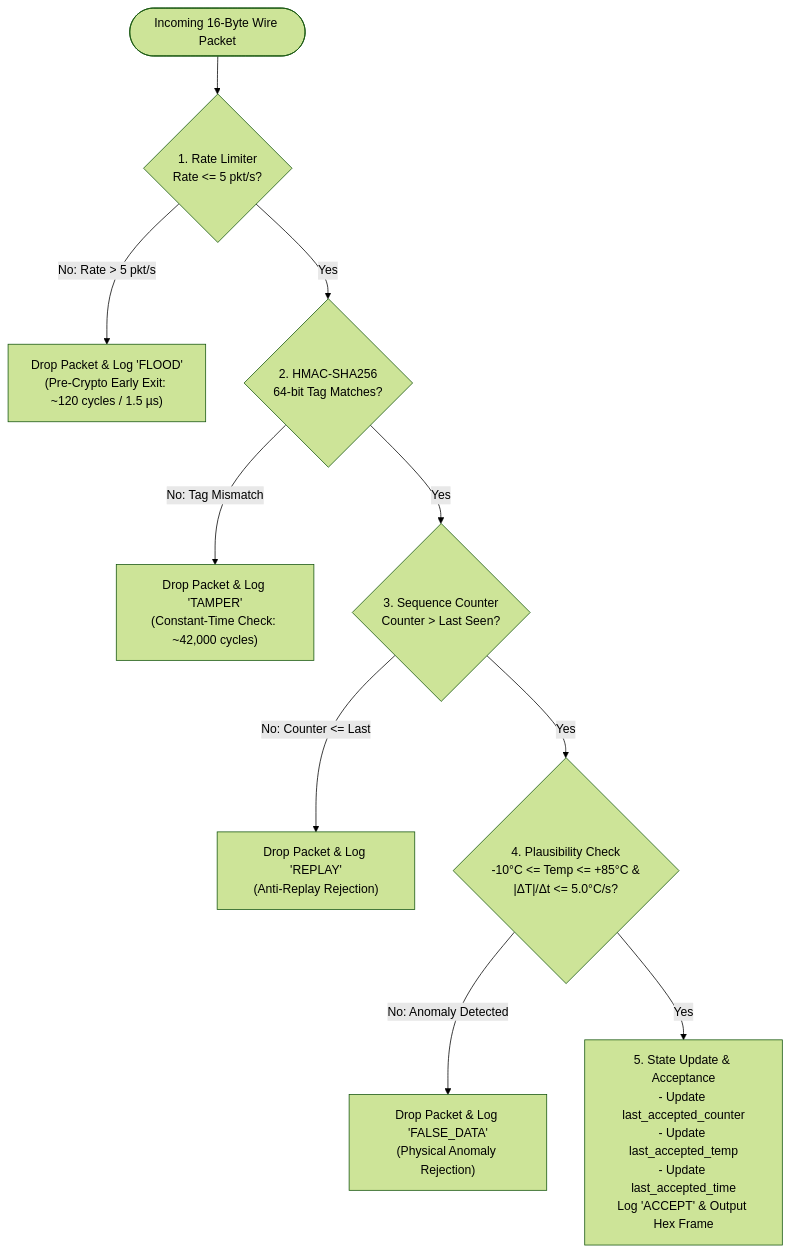
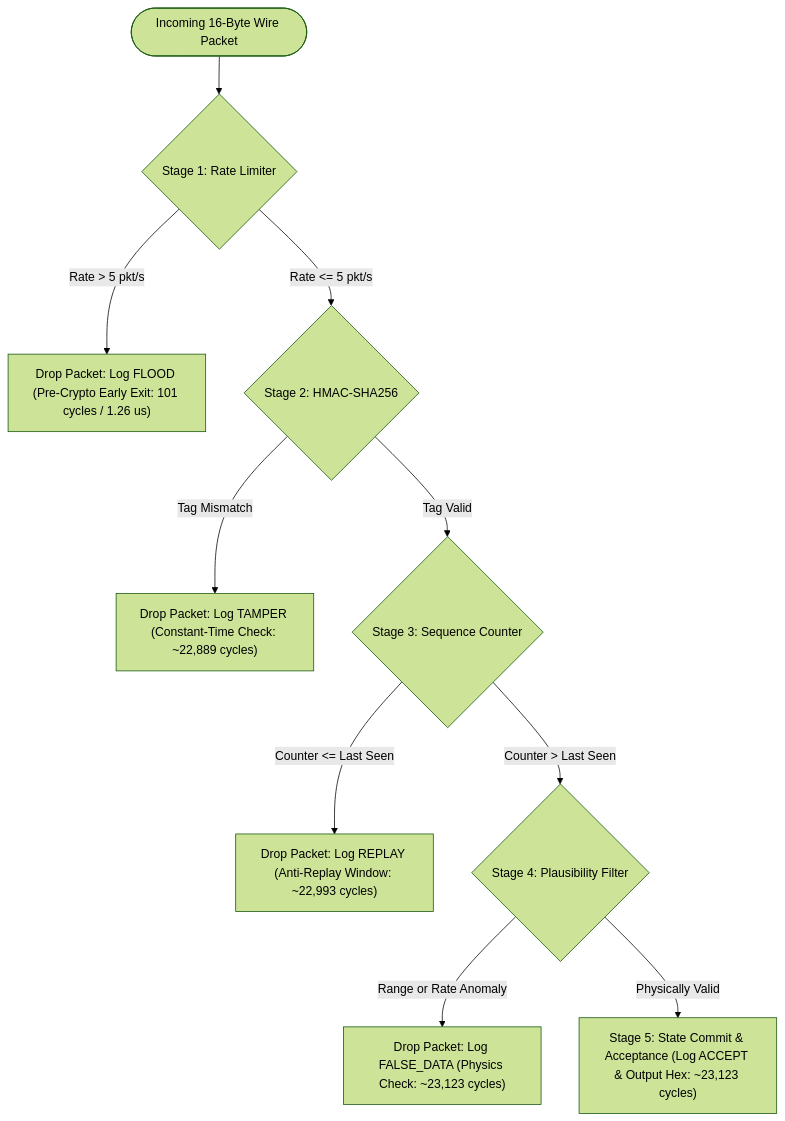
The second of 4 diagrams in README.md (Sonalhegde/secure-iot-sensing), drawn with Mermaid (forest theme) before and after one commit. The commit also changed other lines of this file, not shown here.

Commit message:
fix(docs): resolve Mermaid syntax errors, unescaped operators, and table formatting in README.md

````diff
--- a/README.md
+++ b/README.md
@@ -26,12 +26,12 @@
 ```mermaid
 flowchart TD
-    Start(["Incoming 16-Byte Wire Packet"]) --> S1{"1. Rate Limiter<br/>Rate <= 5 pkt/s?"}
-    S1 -->|No: Rate > 5 pkt/s| DropFlood["Drop Packet & Log 'FLOOD'<br/>(Pre-Crypto Early Exit: ~120 cycles / 1.5 µs)"]
-    S1 -->|Yes| S2{"2. HMAC-SHA256<br/>64-bit Tag Matches?"}
-    S2 -->|No: Tag Mismatch| DropTamper["Drop Packet & Log 'TAMPER'<br/>(Constant-Time Check: ~42,000 cycles)"]
-    S2 -->|Yes| S3{"3. Sequence Counter<br/>Counter > Last Seen?"}
-    S3 -->|No: Counter <= Last| DropReplay["Drop Packet & Log 'REPLAY'<br/>(Anti-Replay Rejection)"]
-    S3 -->|Yes| S4{"4. Plausibility Check<br/>-10°C <= Temp <= +85°C &<br/>|ΔT|/Δt <= 5.0°C/s?"}
-    S4 -->|No: Anomaly Detected| DropFalse["Drop Packet & Log 'FALSE_DATA'<br/>(Physical Anomaly Rejection)"]
-    S4 -->|Yes| Accept["5. State Update & Acceptance<br/>- Update last_accepted_counter<br/>- Update last_accepted_temp<br/>- Update last_accepted_time<br/>Log 'ACCEPT' & Output Hex Frame"]
+    Start(["Incoming 16-Byte Wire Packet"]) --> S1{"Stage 1: Rate Limiter"}
+    S1 -->|"Rate > 5 pkt/s"| DropFlood["Drop Packet: Log FLOOD (Pre-Crypto Early Exit: 101 cycles / 1.26 us)"]
+    S1 -->|"Rate <= 5 pkt/s"| S2{"Stage 2: HMAC-SHA256"}
+    S2 -->|"Tag Mismatch"| DropTamper["Drop Packet: Log TAMPER (Constant-Time Check: ~22,889 cycles)"]
+    S2 -->|"Tag Valid"| S3{"Stage 3: Sequence Counter"}
+    S3 -->|"Counter <= Last Seen"| DropReplay["Drop Packet: Log REPLAY (Anti-Replay Window: ~22,993 cycles)"]
+    S3 -->|"Counter > Last Seen"| S4{"Stage 4: Plausibility Filter"}
+    S4 -->|"Range or Rate Anomaly"| DropFalse["Drop Packet: Log FALSE_DATA (Physics Check: ~23,123 cycles)"]
+    S4 -->|"Physically Valid"| Accept["Stage 5: State Commit & Acceptance (Log ACCEPT & Output Hex: ~23,123 cycles)"]
 ```
````
